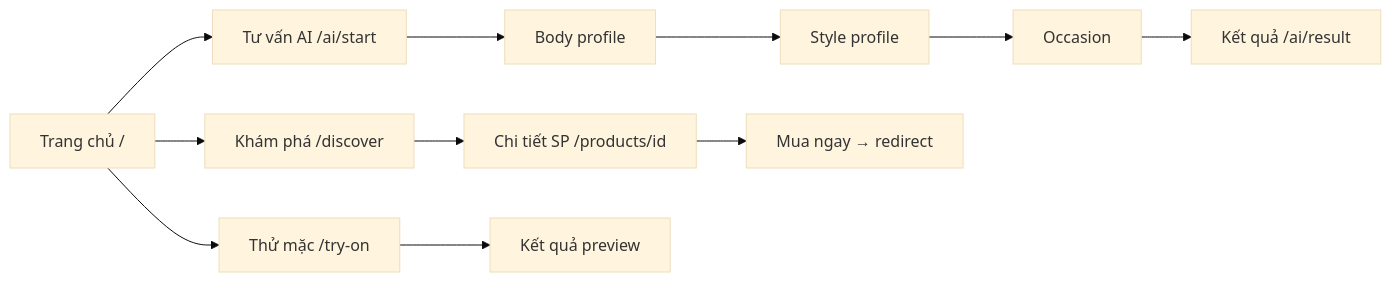
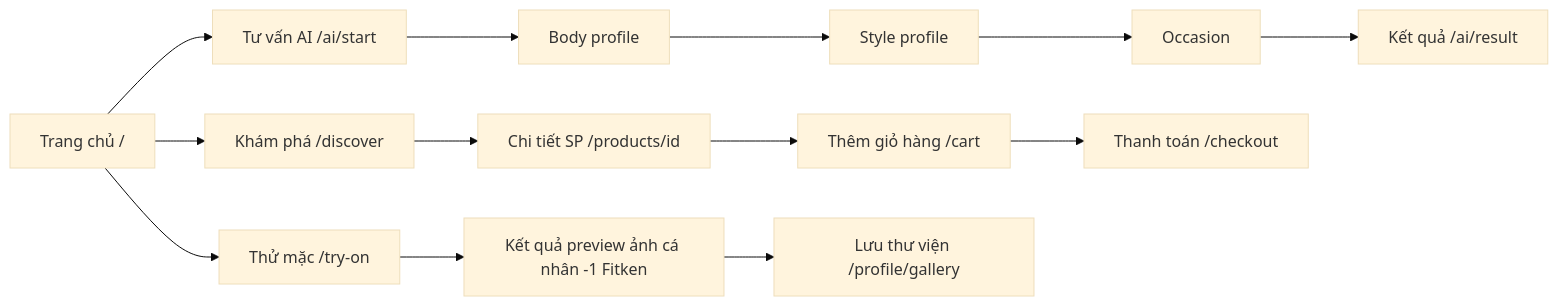
The diagram in docs/USER_GUIDE.md (KhangNT04/fitme_ai_mvp), drawn with Mermaid (base theme) before and after one commit. The commit also changed other lines of this file and 426 other files, not shown here.

First line of the commit message:
feat: pivot FitMe to B2C with Fitken wallet, Pro plan, rewards, cart, checkout, logistics and seller settlement

````diff
--- a/docs/USER_GUIDE.md
+++ b/docs/USER_GUIDE.md
@@ -196,13 +266,15 @@
 ```mermaid
 flowchart LR
   A[Trang chủ /] --> B[Tư vấn AI /ai/start]
   B --> C[Body profile]
   C --> D[Style profile]
   D --> E[Occasion]
   E --> F[Kết quả /ai/result]
   A --> G[Khám phá /discover]
   G --> H[Chi tiết SP /products/id]
-  H --> I[Mua ngay → redirect]
-  A --> J[Thử mặc /try-on]
-  J --> K[Kết quả preview]
+  H --> I[Thêm giỏ hàng /cart]
+  I --> J[Thanh toán /checkout]
+  A --> K[Thử mặc /try-on]
+  K --> L[Kết quả preview ảnh cá nhân -1 Fitken]
+  L --> M[Lưu thư viện /profile/gallery]
 ```
````
